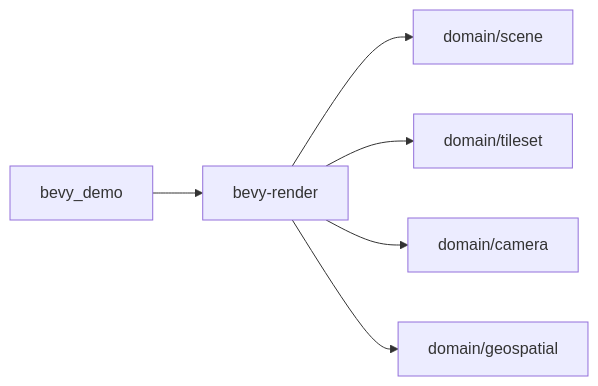
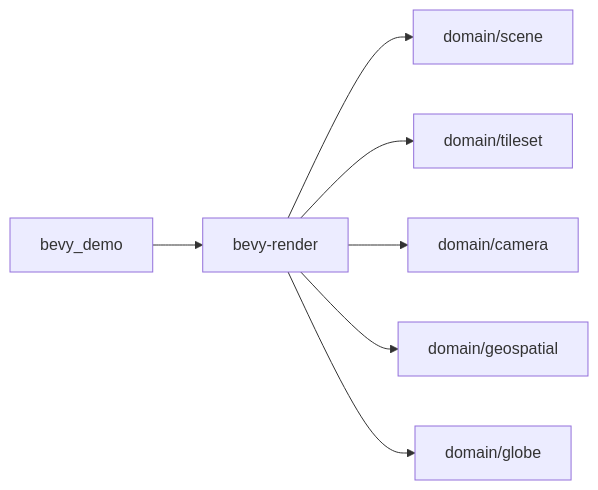
The fifth of 5 diagrams in .qoder/repowiki/zh/content/项目概述/核心特性/3D渲染引擎/Bevy渲染适配器.md (rzhangjing/cesium), drawn with Mermaid before and after one commit. The commit also changed other lines of this file and 178 other files, not shown here.

````diff
--- a/.qoder/repowiki/zh/content/项目概述/核心特性/3D渲染引擎/Bevy渲染适配器.md
+++ b/.qoder/repowiki/zh/content/项目概述/核心特性/3D渲染引擎/Bevy渲染适配器.md
@@ -235,8 +272,9 @@
 ```mermaid
 graph LR
 Demo["bevy_demo"] --> Adapter["bevy-render"]
 Adapter --> Scene["domain/scene"]
 Adapter --> Tileset["domain/tileset"]
 Adapter --> Camera["domain/camera"]
 Adapter --> Geo["domain/geospatial"]
+Adapter --> Globe["domain/globe"]
 ```
````
